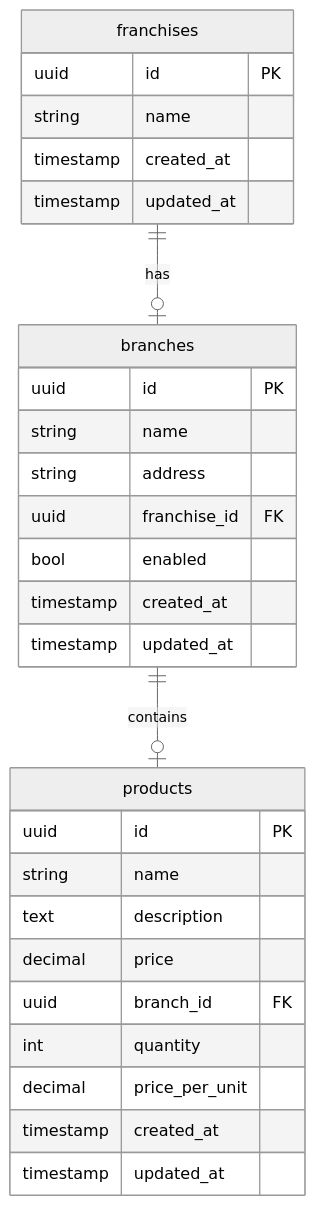
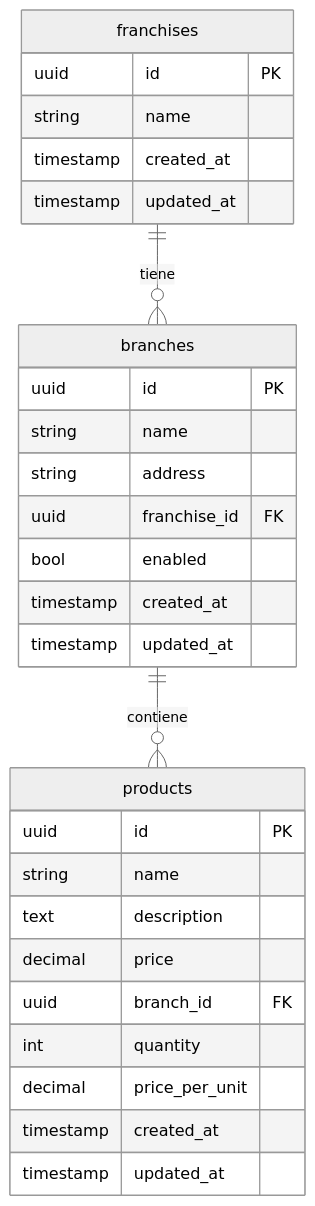
The diagram in README.md (JheisonM/manage_franchises), drawn with Mermaid (neutral theme) before and after one commit. The commit also changed other lines of this file, not shown here.

````diff
--- a/README.md
+++ b/README.md
@@ -104,36 +138,34 @@
 ```mermaid
 erDiagram
    franchises {
       uuid id PK
       string name
       timestamp created_at
       timestamp updated_at
    }
 
    branches {
       uuid id PK
       string name
       string address
       uuid franchise_id FK
       bool enabled
       timestamp created_at
       timestamp updated_at
    }
 
    products {
       uuid id PK
       string name
       text description
       decimal price
       uuid branch_id FK
       int quantity
       decimal price_per_unit
       timestamp created_at
       timestamp updated_at
    }
 
-%% Relaciones
-franchises ||--o| branches: "has"
-branches ||--o| products: "contains"
-
+franchises ||--o{ branches: "tiene"
+branches ||--o{ products: "contiene"
 ```
````
